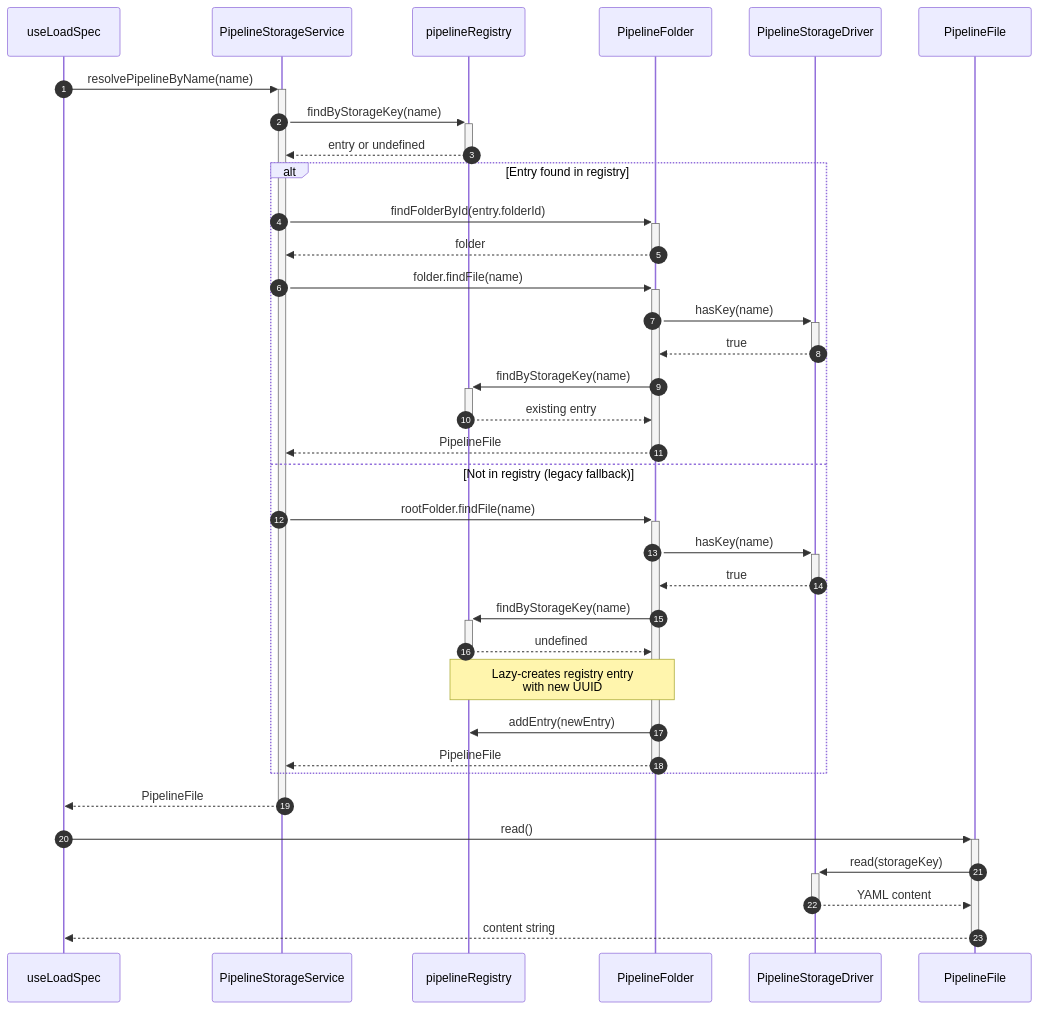
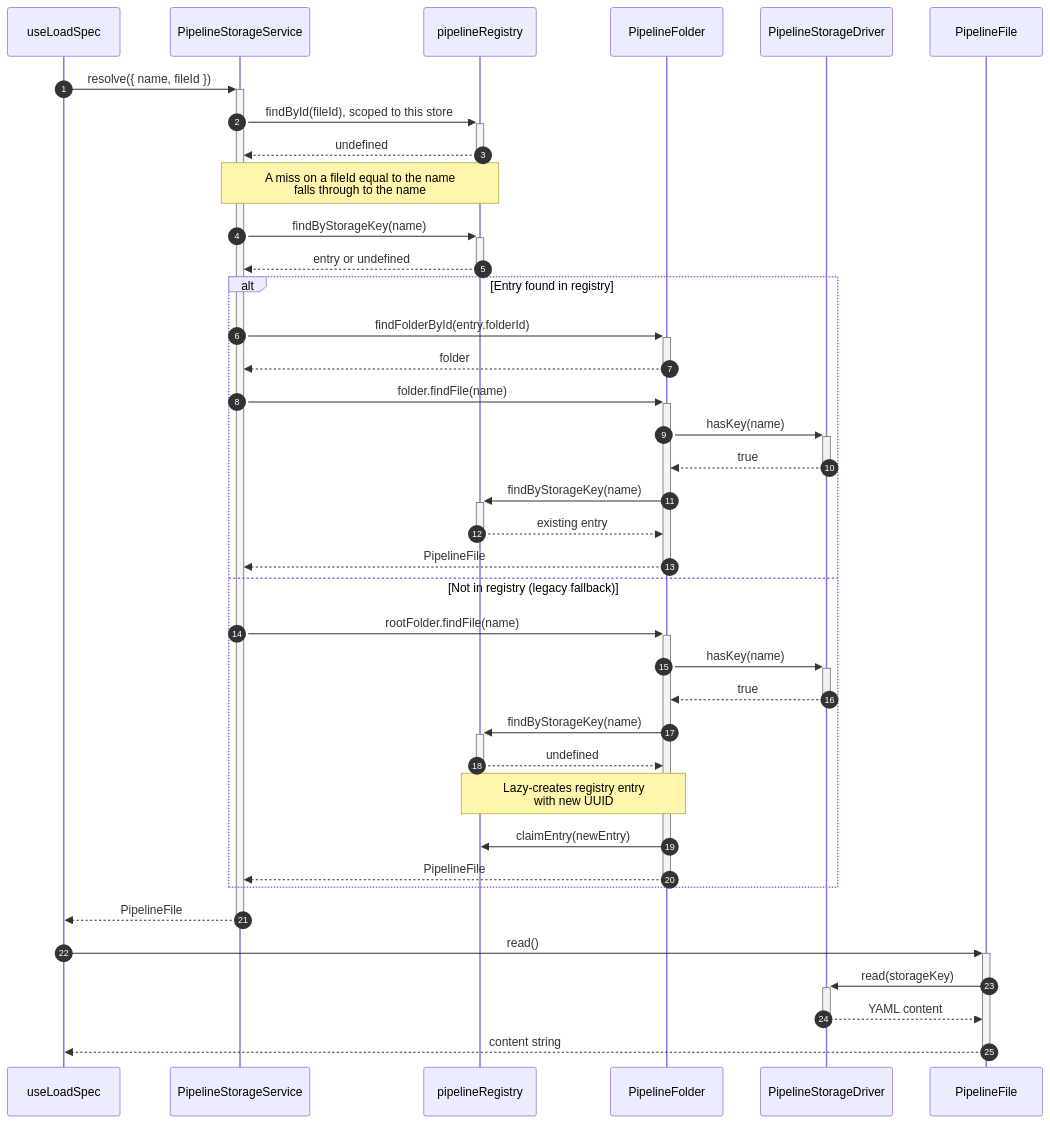
The fifth of 10 diagrams in src/services/pipelineStorage/ARCHITECTURE.md (TangleML/tangle-ui), drawn with Mermaid before and after one commit. The commit also changed other lines of this file, not shown here.

First line of the commit message:
docs(pipeline-storage): describe the store the page can provide

````diff
--- a/src/services/pipelineStorage/ARCHITECTURE.md
+++ b/src/services/pipelineStorage/ARCHITECTURE.md
@@ -384,41 +539,44 @@
 ```mermaid
 sequenceDiagram
     autonumber
     participant Editor as useLoadSpec
     participant Service as PipelineStorageService
     participant Registry as pipelineRegistry
     participant Folder as PipelineFolder
     participant Driver as PipelineStorageDriver
     participant File as PipelineFile
 
-    Editor->>+Service: resolvePipelineByName(name)
+    Editor->>+Service: resolve({ name, fileId })
+    Service->>+Registry: findById(fileId), scoped to this store
+    Registry-->>-Service: undefined
+    Note over Service,Registry: A miss on a fileId equal to the name<br/>falls through to the name
     Service->>+Registry: findByStorageKey(name)
     Registry-->>-Service: entry or undefined
 
     alt Entry found in registry
         Service->>+Folder: findFolderById(entry.folderId)
         Folder-->>-Service: folder
         Service->>+Folder: folder.findFile(name)
         Folder->>+Driver: hasKey(name)
         Driver-->>-Folder: true
         Folder->>+Registry: findByStorageKey(name)
         Registry-->>-Folder: existing entry
         Folder-->>-Service: PipelineFile
     else Not in registry (legacy fallback)
         Service->>+Folder: rootFolder.findFile(name)
         Folder->>+Driver: hasKey(name)
         Driver-->>-Folder: true
         Folder->>+Registry: findByStorageKey(name)
         Registry-->>-Folder: undefined
         Note over Folder,Registry: Lazy-creates registry entry<br/>with new UUID
-        Folder->>Registry: addEntry(newEntry)
+        Folder->>Registry: claimEntry(newEntry)
         Folder-->>-Service: PipelineFile
     end
 
     Service-->>-Editor: PipelineFile
 
     Editor->>+File: read()
     File->>+Driver: read(storageKey)
     Driver-->>-File: YAML content
     File-->>-Editor: content string
 ```
````
